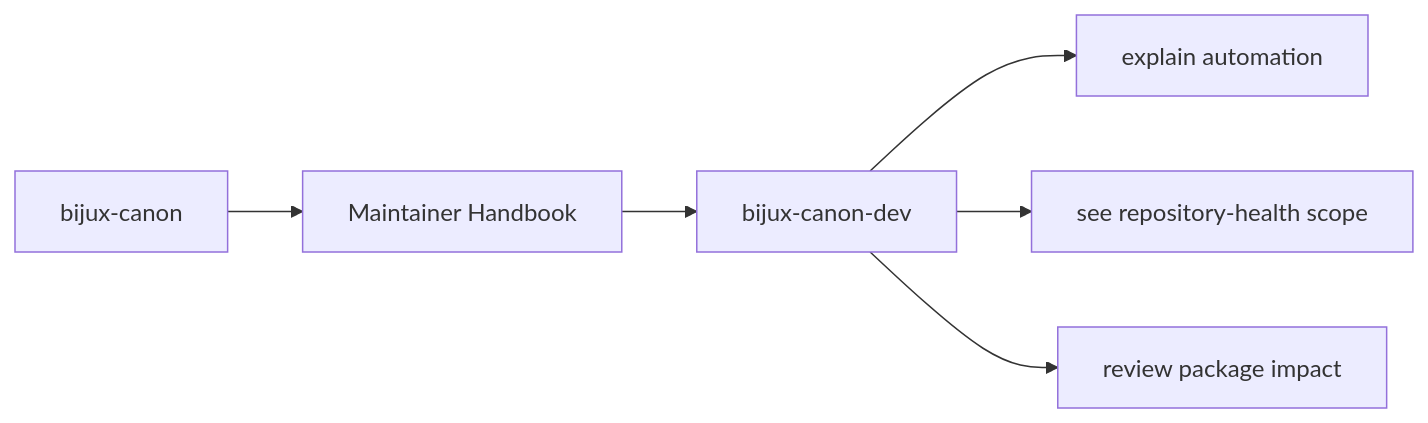
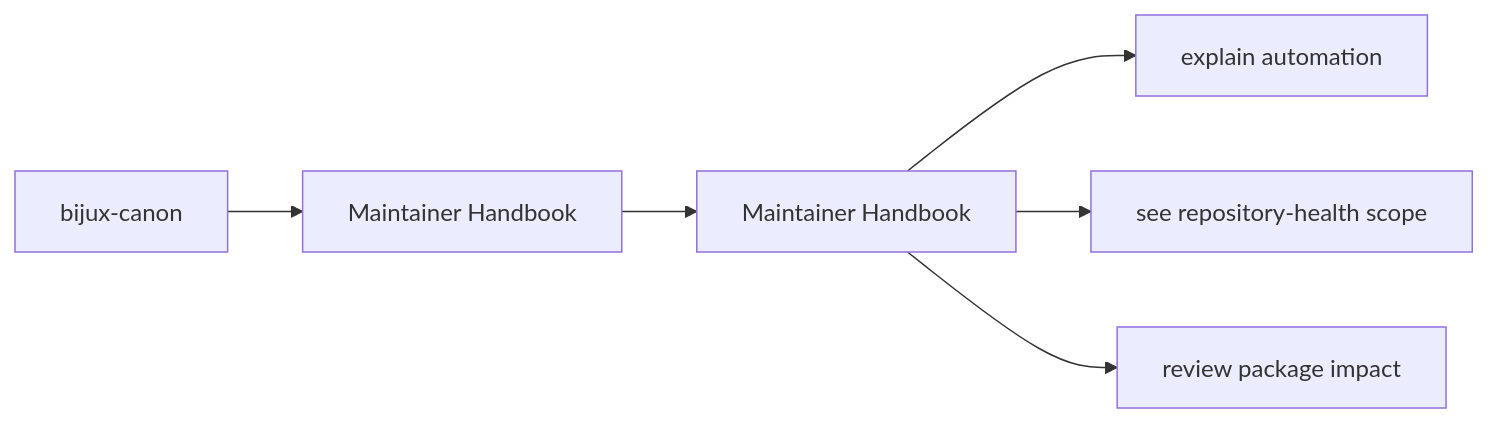
The first of 2 diagrams in docs/bijux-canon-dev/index.md (bijux/bijux-canon), drawn with Mermaid before and after one commit. The commit also changed other lines of this file and 261 other files, not shown here.

Commit message:
docs(canon): unify handbook style with the shared bijux docs system

````diff
--- a/docs/bijux-canon-dev/index.md
+++ b/docs/bijux-canon-dev/index.md
@@ -24,11 +24,11 @@
 ```mermaid
 flowchart LR
     scope["bijux-canon"] --> section["Maintainer Handbook"]
-    section --> page["bijux-canon-dev"]
+    section --> page["Maintainer Handbook"]
     dest1["explain automation"]
     dest2["see repository-health scope"]
     dest3["review package impact"]
     page --> dest1
     page --> dest2
     page --> dest3
 ```
````
